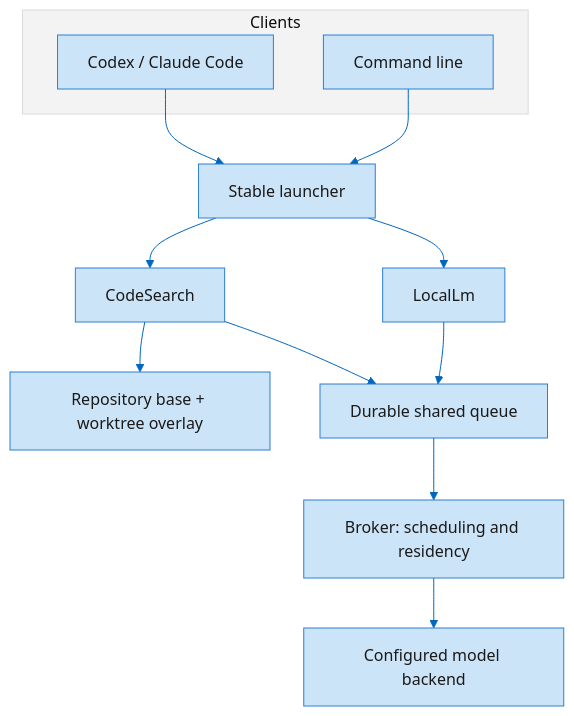
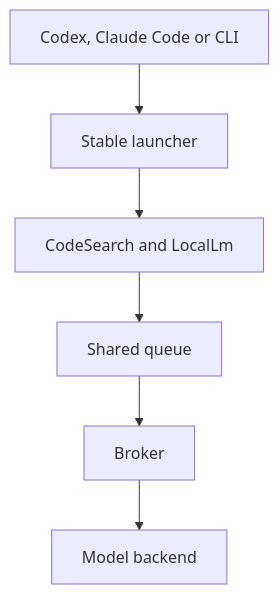
One commit to MrAliev/local-ai-toolkit changed the first of 2 diagrams in docs/wiki/Architecture.md. Above: the diagram before and after it, drawn with Mermaid. The commit also changed other lines of this file and 30 other files, not shown here.

````diff
--- a/docs/wiki/Architecture.md
+++ b/docs/wiki/Architecture.md
@@ -7,27 +9,8 @@
 ```mermaid
----
-config:
-  theme: base
-  themeVariables:
-    primaryColor: "#CCE4F7"
-    primaryTextColor: "#1A1A1A"
-    primaryBorderColor: "#2D7FD3"
-    lineColor: "#0067C0"
-    secondaryColor: "#FAFAFA"
-    tertiaryColor: "#F3F3F3"
----
 flowchart TB
-  subgraph clients["Clients"]
-    agent["Codex / Claude Code"]
-    cli["Command line"]
-  end
-  agent --> launcher["Stable launcher"]
-  cli --> launcher
-  launcher --> search["CodeSearch"]
-  launcher --> local["LocalLm"]
-  search --> index["Repository base + worktree overlay"]
-  search --> queue["Durable shared queue"]
-  local --> queue
-  queue --> broker["Broker: scheduling and residency"]
-  broker --> models["Configured model backend"]
+  clients["Codex, Claude Code or CLI"] --> launcher["Stable launcher"]
+  launcher --> tools["CodeSearch and LocalLm"]
+  tools --> queue["Shared queue"]
+  queue --> broker["Broker"]
+  broker --> models["Model backend"]
 ```
````
